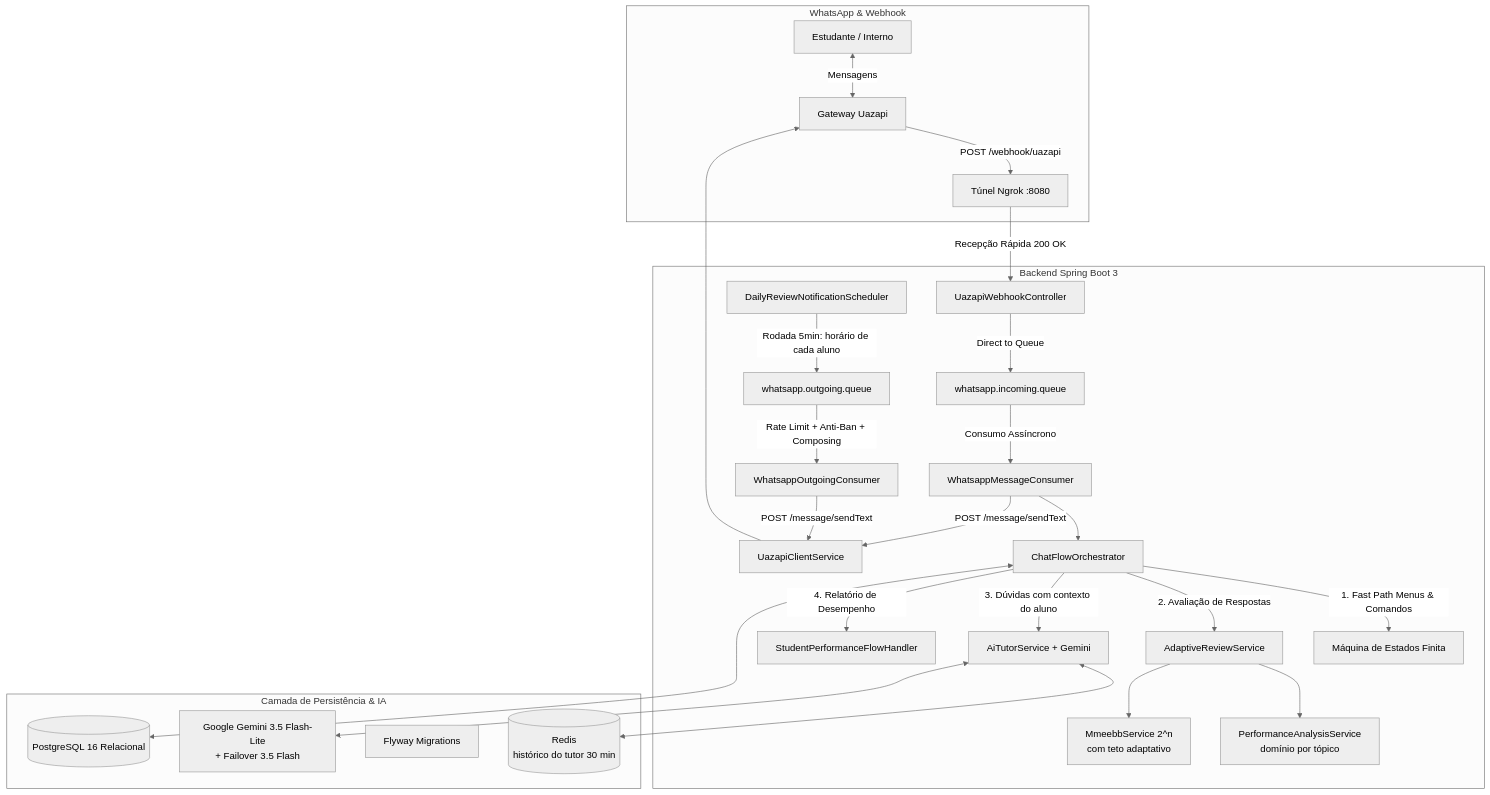
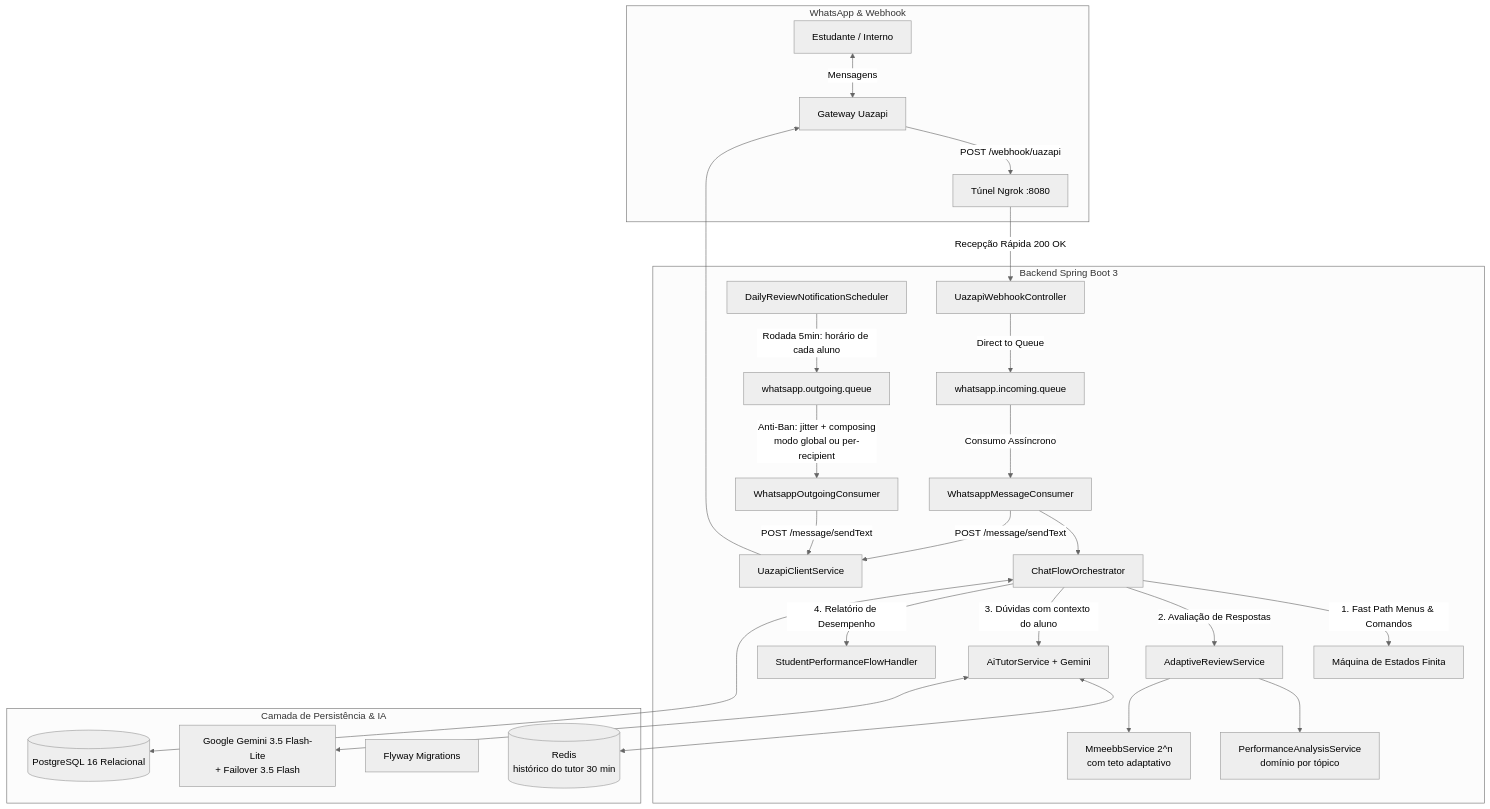
One commit to NickolasTav/mmeebb-chatbot changed the fourth of 5 diagrams in README.md. Above: the diagram before and after it, drawn with Mermaid (neutral theme). The commit also changed other lines of this file and 1 other file, not shown here.

````diff
--- a/README.md
+++ b/README.md
@@ -167,40 +170,40 @@
 ```mermaid
 flowchart TB
     subgraph WhatsApp_Gateway [WhatsApp & Webhook]
         ALUNO[Estudante / Interno] <-->|Mensagens| UAZ[Gateway Uazapi]
         UAZ -->|POST /webhook/uazapi| NGROK[Túnel Ngrok :8080]
     end
 
     subgraph Spring_Backend [Backend Spring Boot 3]
         NGROK -->|Recepção Rápida 200 OK| CTRL[UazapiWebhookController]
         CTRL -->|Direct to Queue| Q_IN[whatsapp.incoming.queue]
         
         Q_IN -->|Consumo Assíncrono| CONS[WhatsappMessageConsumer]
         CONS --> ORCH[ChatFlowOrchestrator]
         
         ORCH -->|1. Fast Path Menus & Comandos| FSM[Máquina de Estados Finita]
         ORCH -->|2. Avaliação de Respostas| ADAPT[AdaptiveReviewService]
         ADAPT --> ANALYSIS[PerformanceAnalysisService<br/>domínio por tópico]
         ADAPT --> MMEEBB[MmeebbService 2^n<br/>com teto adaptativo]
         ORCH -->|3. Dúvidas com contexto do aluno| TUTOR[AiTutorService + Gemini]
         ORCH -->|4. Relatório de Desempenho| PERF[StudentPerformanceFlowHandler]
         
         SCHED[DailyReviewNotificationScheduler] -->|Rodada 5min: horário de cada aluno| Q_OUT[whatsapp.outgoing.queue]
-        Q_OUT -->|Rate Limit + Anti-Ban + Composing| OUT_CONS[WhatsappOutgoingConsumer]
+        Q_OUT -->|Anti-Ban: jitter + composing<br/>modo global ou per-recipient| OUT_CONS[WhatsappOutgoingConsumer]
         
         OUT_CONS -->|POST /message/sendText| REST_CLI[UazapiClientService]
         CONS -->|POST /message/sendText| REST_CLI
         REST_CLI --> UAZ
     end
 
     subgraph Persistence_Layer [Camada de Persistência & IA]
         PG[(PostgreSQL 16 Relacional)]
         HIST[(Redis<br/>histórico do tutor 30 min)]
         FLY[Flyway Migrations]
         GEMINI[Google Gemini 3.5 Flash-Lite<br/>+ Failover 3.5 Flash]
     end
 
     ORCH <--> PG
     TUTOR <--> HIST
     TUTOR <--> GEMINI
 ```
````
